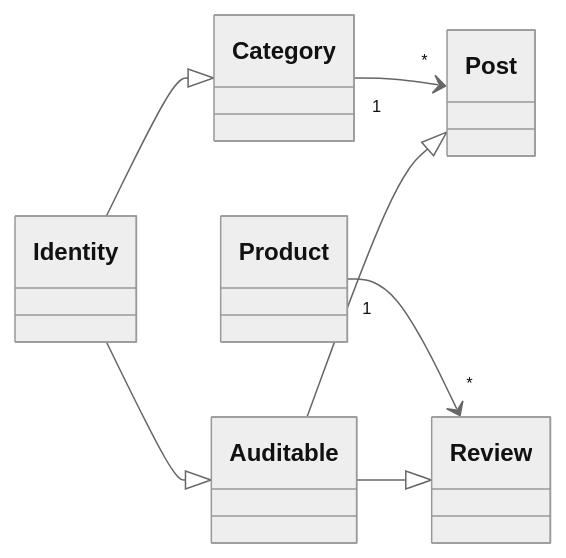
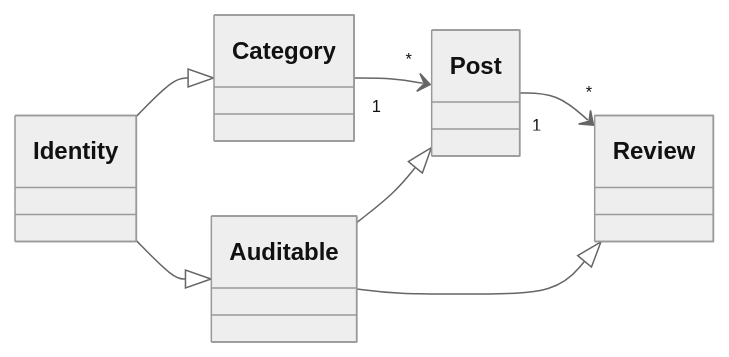
One commit to GitHubVasilev/Blog changed the first of 6 diagrams in readme.md. Above: the diagram before and after it, drawn with Mermaid (neutral theme).

````diff
--- a/readme.md
+++ b/readme.md
@@ -107,11 +107,11 @@
 ``` mermaid
 classDiagram
 	direction RL
 	Post "*" <-- "1" Category
-	Review "*" <-- "1" Product
+	Review "*" <-- "1" Post
 	Auditable <|-- Identity
 	Category <|-- Identity
 	Post <|-- Auditable
 	Review <|-- Auditable
 
 ```
````
